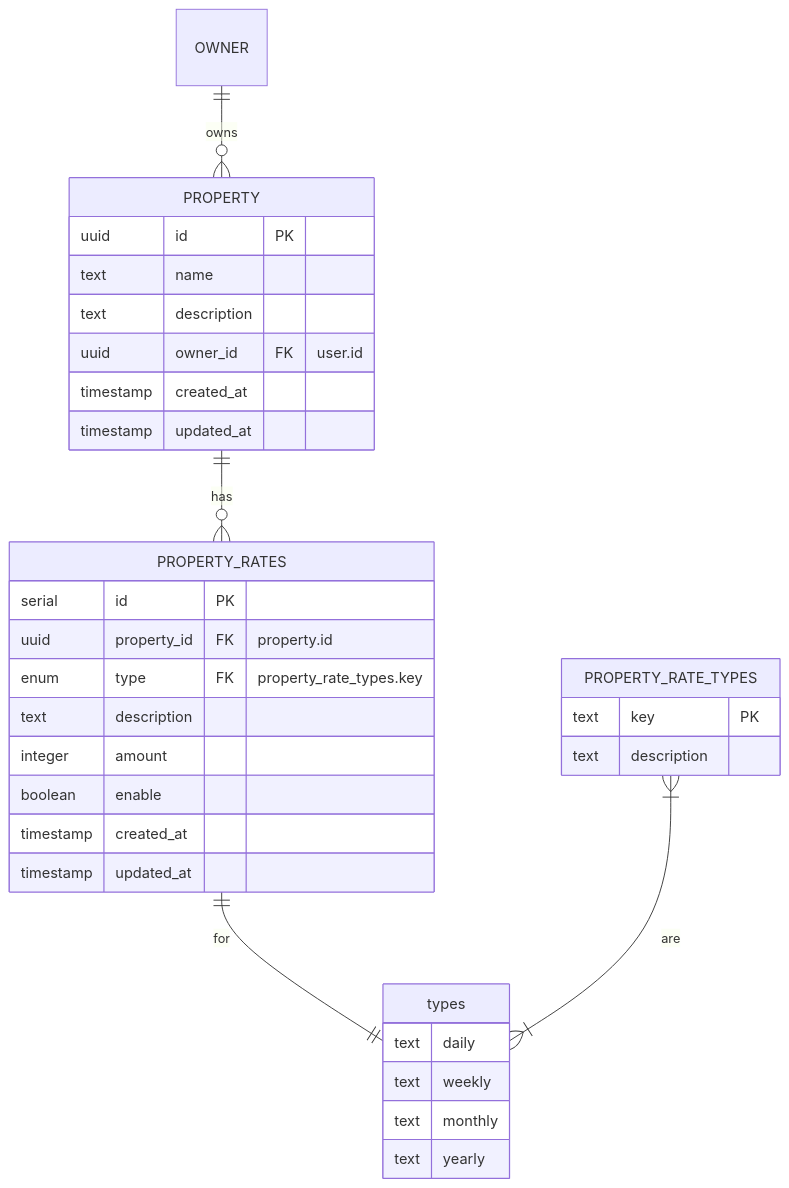
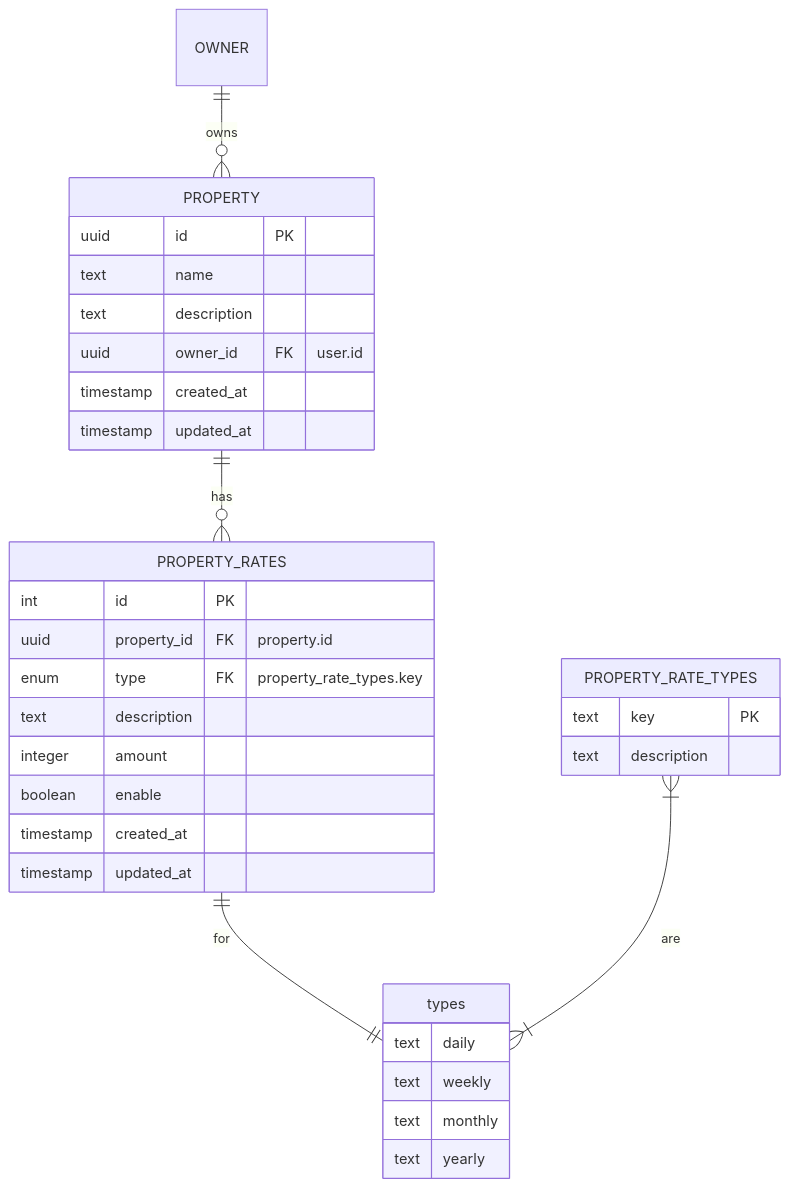
Before and after one commit to UpBrewTech/project-leasa: the second of 3 diagrams in docs/ERD.md, drawn with Mermaid. The commit also changed other lines of this file and 1 other file, not shown here.

````diff
--- a/docs/ERD.md
+++ b/docs/ERD.md
@@ -53,40 +53,40 @@
 ```mermaid
 erDiagram
 
 PROPERTY {
     uuid id PK
     text name
     text description
     uuid owner_id FK "user.id"
     timestamp created_at
     timestamp updated_at
 }
 
 PROPERTY_RATES {
-    serial id PK
+    int id PK
     uuid property_id FK "property.id"
     enum type FK "property_rate_types.key"
     text description
     integer amount
     boolean enable
     timestamp created_at
     timestamp updated_at
 }
 
 PROPERTY_RATE_TYPES {
     text key PK
     text description
 }
 
 types {
     text daily
     text weekly
     text monthly
     text yearly
 }
 
 OWNER ||--o{ PROPERTY : owns
 PROPERTY ||--o{ PROPERTY_RATES : "has"
 PROPERTY_RATES ||--|| types : "for"
 PROPERTY_RATE_TYPES }|--|{ types : "are"
 ```
````
